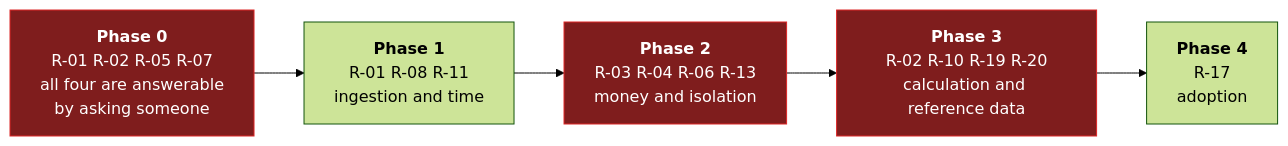
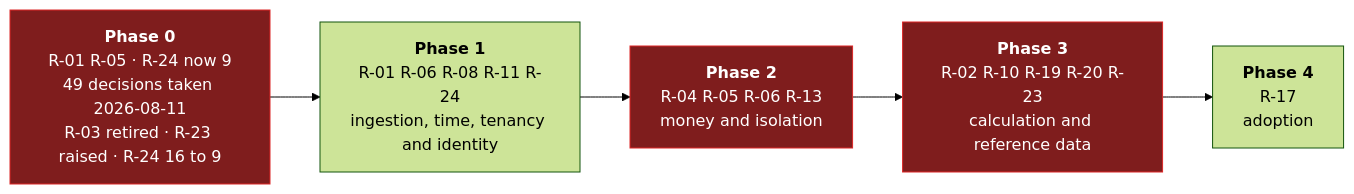
Before and after one commit to lukastosic-ifd/peakpowerspecs: the diagram in specs/70-delivery/02-risks.md, drawn with Mermaid (forest theme). The commit also changed other lines of this file and 43 other files, not shown here.

````diff
--- a/specs/70-delivery/02-risks.md
+++ b/specs/70-delivery/02-risks.md
@@ -204,12 +538,12 @@
 ```mermaid
 flowchart LR
-    P0["<b>Phase 0</b><br/>R-01 R-02 R-05 R-07<br/>all four are answerable<br/>by asking someone"]
-    P1["<b>Phase 1</b><br/>R-01 R-08 R-11<br/>ingestion and time"]
-    P2["<b>Phase 2</b><br/>R-03 R-04 R-06 R-13<br/>money and isolation"]
-    P3["<b>Phase 3</b><br/>R-02 R-10 R-19 R-20<br/>calculation and reference data"]
+    P0["<b>Phase 0</b><br/>R-01 R-05 · R-24 now 9<br/>49 decisions taken 2026-08-11<br/>R-03 retired · R-23 raised · R-24 16 to 9"]
+    P1["<b>Phase 1</b><br/>R-01 R-06 R-08 R-11 R-24<br/>ingestion, time, tenancy and identity"]
+    P2["<b>Phase 2</b><br/>R-04 R-05 R-06 R-13<br/>money and isolation"]
+    P3["<b>Phase 3</b><br/>R-02 R-10 R-19 R-20 R-23<br/>calculation and reference data"]
     P4["<b>Phase 4</b><br/>R-17<br/>adoption"]
     P0 --> P1 --> P2 --> P3 --> P4
 
     classDef hot fill:#7f1d1d,stroke:#dc2626,color:#fff
     class P0,P2,P3 hot
 ```
````
